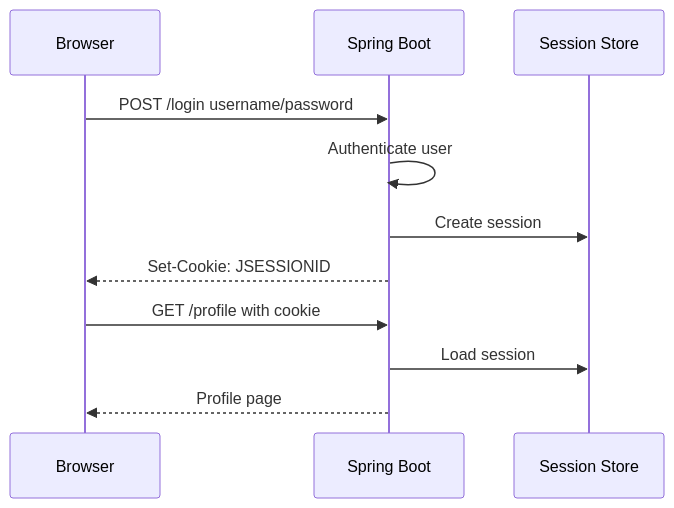
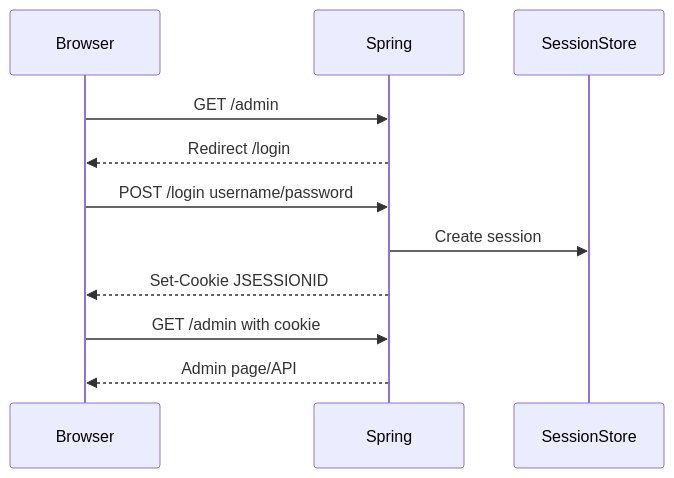
One commit to mthaiseer/springcloud-systemdesign-notes changed the seventh of 19 diagrams in HLD_NOTES/003_TECHNOLOGY_DEEP_DIVE/spring_boot_auth_authz_visual_reference.md. Above: the diagram before and after it, drawn with Mermaid. The commit also changed other lines of this file and 19 other files, not shown here.

````diff
--- a/HLD_NOTES/003_TECHNOLOGY_DEEP_DIVE/spring_boot_auth_authz_visual_reference.md
+++ b/HLD_NOTES/003_TECHNOLOGY_DEEP_DIVE/spring_boot_auth_authz_visual_reference.md
@@ -260,14 +440,14 @@
 ```mermaid
 sequenceDiagram
-    participant B as Browser
-    participant S as Spring Boot
-    participant DB as Session Store
+    participant Browser
+    participant Spring
+    participant SessionStore
 
-    B->>S: POST /login username/password
-    S->>S: Authenticate user
-    S->>DB: Create session
-    S-->>B: Set-Cookie: JSESSIONID
-    B->>S: GET /profile with cookie
-    S->>DB: Load session
-    S-->>B: Profile page
+    Browser->>Spring: GET /admin
+    Spring-->>Browser: Redirect /login
+    Browser->>Spring: POST /login username/password
+    Spring->>SessionStore: Create session
+    Spring-->>Browser: Set-Cookie JSESSIONID
+    Browser->>Spring: GET /admin with cookie
+    Spring-->>Browser: Admin page/API
 ```
````
